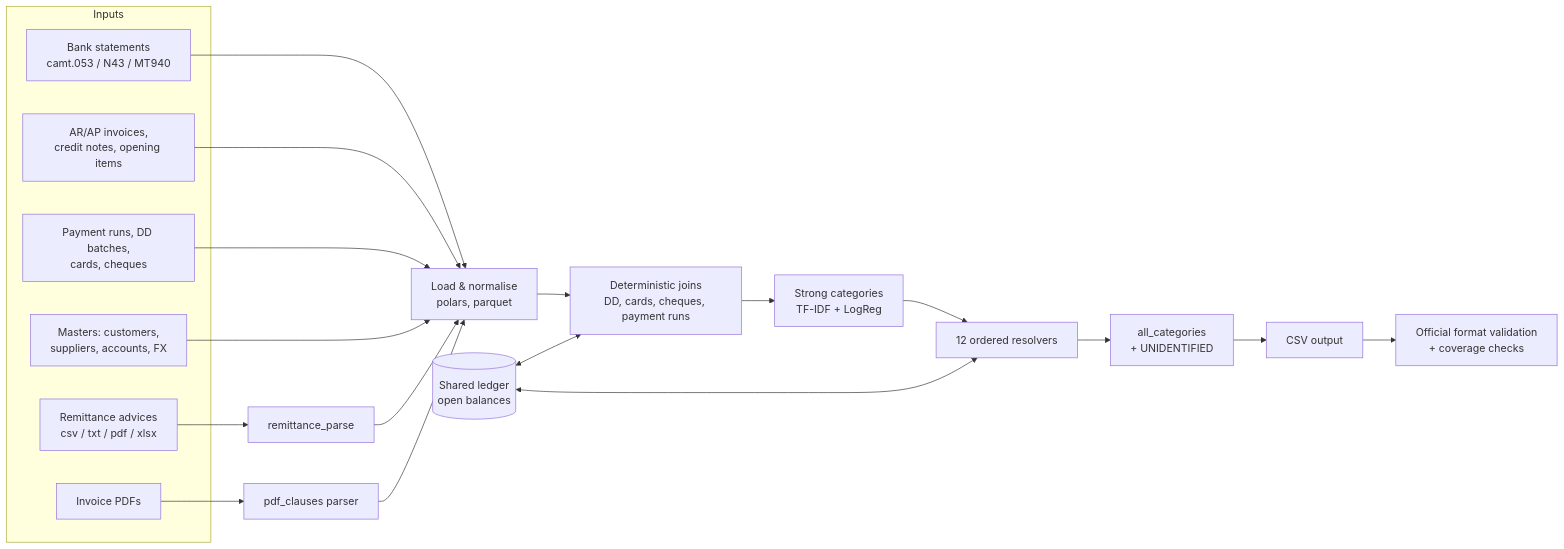
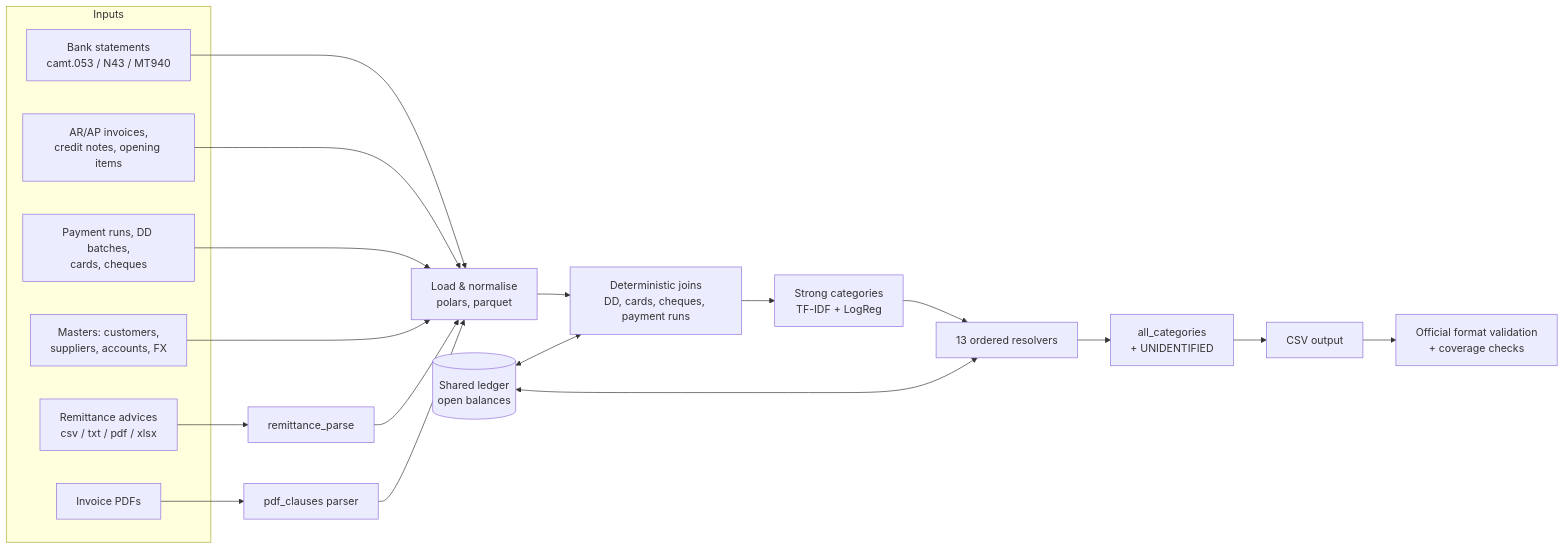
The diagram in README.md (liiiaamm/talky-hackathon), drawn with Mermaid before and after one commit. The commit also changed other lines of this file and 1 other file, not shown here.

Commit message:
docs: README and FINAL checklist for DC7+C (13 resolvers, LIVE 93.98, c1e5dff)

````diff
--- a/README.md
+++ b/README.md
@@ -29,20 +29,20 @@
 ```mermaid
 flowchart LR
   subgraph Inputs
     B[Bank statements<br/>camt.053 / N43 / MT940]
     I[AR/AP invoices,<br/>credit notes, opening items]
     P[Payment runs, DD batches,<br/>cards, cheques]
     R[Remittance advices<br/>csv / txt / pdf / xlsx]
     D[Invoice PDFs]
     M[Masters: customers,<br/>suppliers, accounts, FX]
   end
   B & I & P & M --> L[Load & normalise<br/>polars, parquet]
   R --> RP[remittance_parse] --> L
   D --> PC[pdf_clauses parser] --> L
   L --> DET[Deterministic joins<br/>DD, cards, cheques, payment runs]
   DET --> SC[Strong categories<br/>TF-IDF + LogReg]
-  SC --> C12[12 ordered resolvers]
+  SC --> C12[13 ordered resolvers]
   C12 --> AC[all_categories<br/>+ UNIDENTIFIED]
   LED[(Shared ledger<br/>open balances)] <--> DET & C12
   AC --> O[CSV output] --> V[Official format validation<br/>+ coverage checks]
 ```
````
